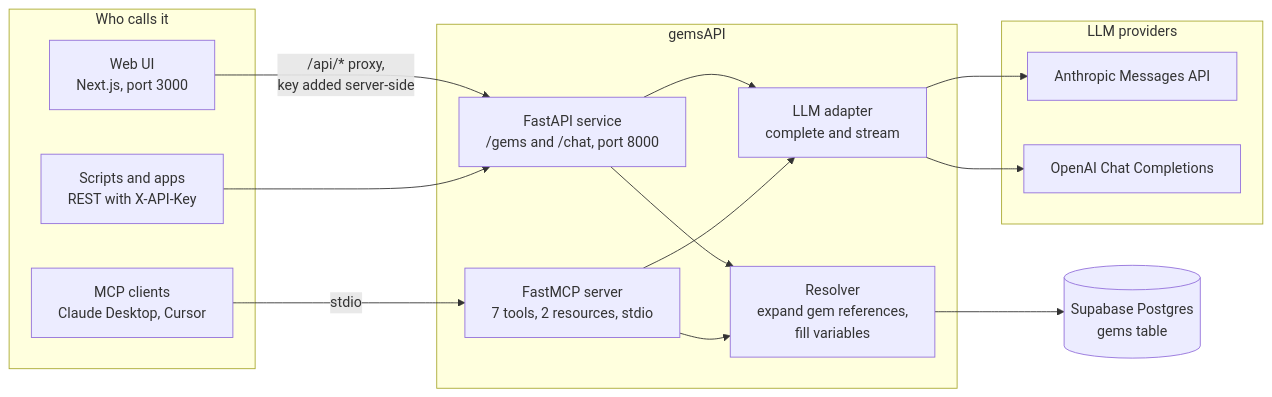
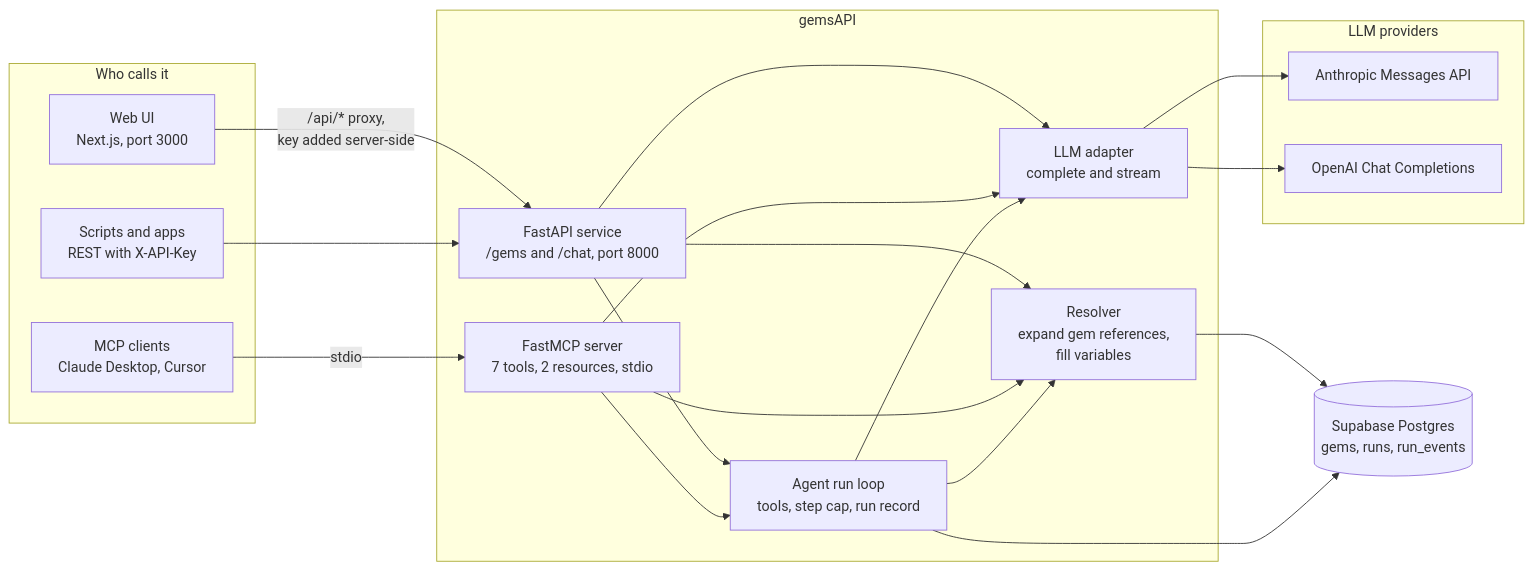
Before and after one commit to poyfather/gemsAPI: the first of 10 diagrams in ARCHITECTURE.md, drawn with Mermaid. The commit also changed other lines of this file and 24 other files, not shown here.

First line of the commit message:
Agent harness: gems as agent definitions with a thin run loop (ADR-007) (#36)

````diff
--- a/ARCHITECTURE.md
+++ b/ARCHITECTURE.md
@@ -7,33 +7,39 @@
 ```mermaid
 flowchart LR
     subgraph callers["Who calls it"]
         UI["Web UI<br/>Next.js, port 3000"]
         REST["Scripts and apps<br/>REST with X-API-Key"]
         MCPC["MCP clients<br/>Claude Desktop, Cursor"]
     end
 
     subgraph core["gemsAPI"]
         API["FastAPI service<br/>/gems and /chat, port 8000"]
         MCPS["FastMCP server<br/>7 tools, 2 resources, stdio"]
         RES["Resolver<br/>expand gem references,<br/>fill variables"]
         LLM["LLM adapter<br/>complete and stream"]
+        LOOP["Agent run loop<br/>tools, step cap, run record"]
     end
 
-    DB[("Supabase Postgres<br/>gems table")]
+    DB[("Supabase Postgres<br/>gems, runs, run_events")]
 
     subgraph providers["LLM providers"]
         ANT["Anthropic Messages API"]
         OAI["OpenAI Chat Completions"]
     end
 
     UI -- "/api/* proxy,<br/>key added server-side" --> API
     REST --> API
     MCPC -- "stdio" --> MCPS
     API --> RES
     MCPS --> RES
     RES --> DB
     API --> LLM
     MCPS --> LLM
+    API --> LOOP
+    MCPS --> LOOP
+    LOOP --> RES
+    LOOP --> LLM
+    LOOP --> DB
     LLM --> ANT
     LLM --> OAI
 ```
````
